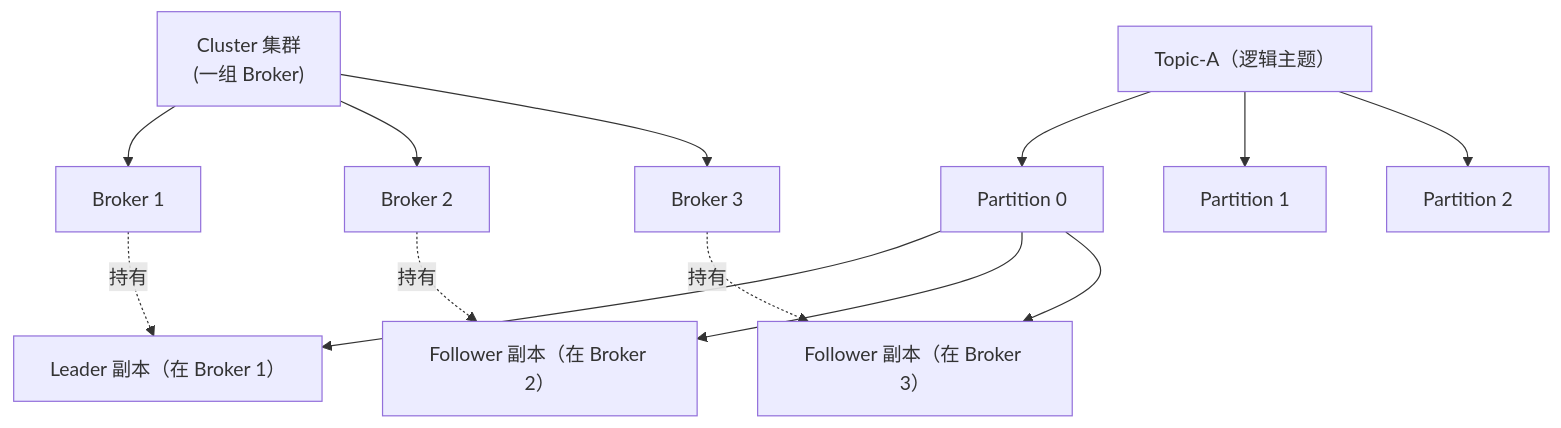
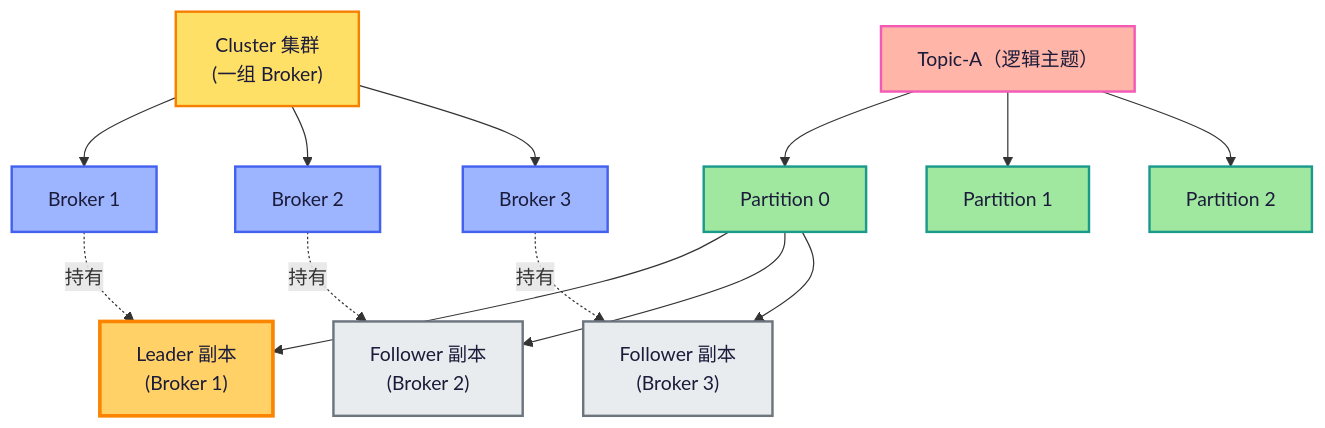
One commit to ituknown/website changed the first of 3 diagrams in docs/jvm/kafka/核心概念与架构.md. Above: the diagram before and after it, drawn with Mermaid. The commit also changed other lines of this file and 2 other files, not shown here.

First line of the commit message:
FEAT: 启用 Mermaid 手绘风格主题与图表加粗

````diff
--- a/docs/jvm/kafka/核心概念与架构.md
+++ b/docs/jvm/kafka/核心概念与架构.md
@@ -11,20 +11,27 @@
 ```mermaid
 graph TD
-    CL["Cluster 集群<br/>(一组 Broker)"]
-    CL --> B1[Broker 1]
-    CL --> B2[Broker 2]
-    CL --> B3[Broker 3]
+    CL["Cluster 集群<br/>(一组 Broker)"]:::cluster
+    CL --> B1[Broker 1]:::broker
+    CL --> B2[Broker 2]:::broker
+    CL --> B3[Broker 3]:::broker
 
-    T["Topic-A（逻辑主题）"]
-    T --> P0[Partition 0]
-    T --> P1[Partition 1]
-    T --> P2[Partition 2]
+    T["Topic-A（逻辑主题）"]:::topic
+    T --> P0[Partition 0]:::part
+    T --> P1[Partition 1]:::part
+    T --> P2[Partition 2]:::part
 
-    P0 --> RL["Leader 副本（在 Broker 1）"]
-    P0 --> RF1["Follower 副本（在 Broker 2）"]
-    P0 --> RF2["Follower 副本（在 Broker 3）"]
+    P0 --> RL["Leader 副本<br/>(Broker 1)"]:::leader
+    P0 --> RF1["Follower 副本<br/>(Broker 2)"]:::follower
+    P0 --> RF2["Follower 副本<br/>(Broker 3)"]:::follower
 
     B1 -. 持有 .-> RL
     B2 -. 持有 .-> RF1
     B3 -. 持有 .-> RF2
+
+    classDef cluster fill:#FFE066,stroke:#F77F00,color:#1B1B3A,stroke-width:2px;
+    classDef broker fill:#9DB4FF,stroke:#4361EE,color:#1B1B3A,stroke-width:2px;
+    classDef topic fill:#FFB5A7,stroke:#F15BB5,color:#1B1B3A,stroke-width:2px;
+    classDef part fill:#A0E7A0,stroke:#1B998B,color:#1B1B3A,stroke-width:2px;
+    classDef leader fill:#FFD166,stroke:#FB8500,color:#1B1B3A,stroke-width:3px;
+    classDef follower fill:#E9ECEF,stroke:#6C757D,color:#1B1B3A,stroke-width:2px;
 ```
````
